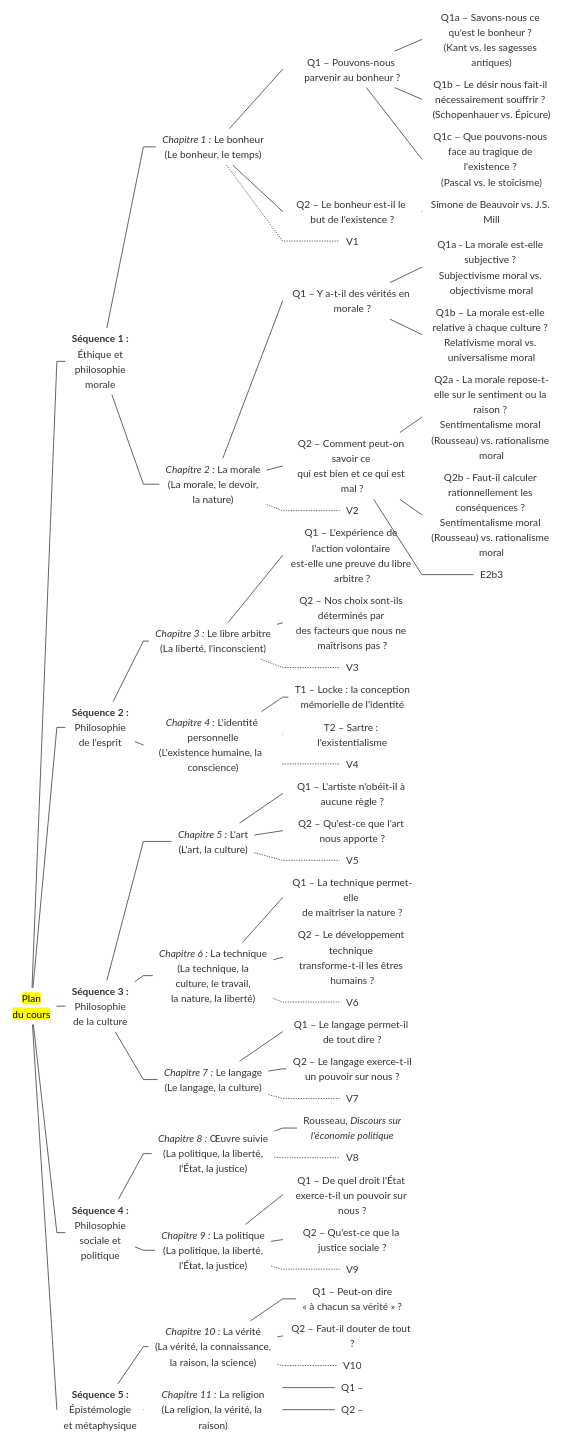
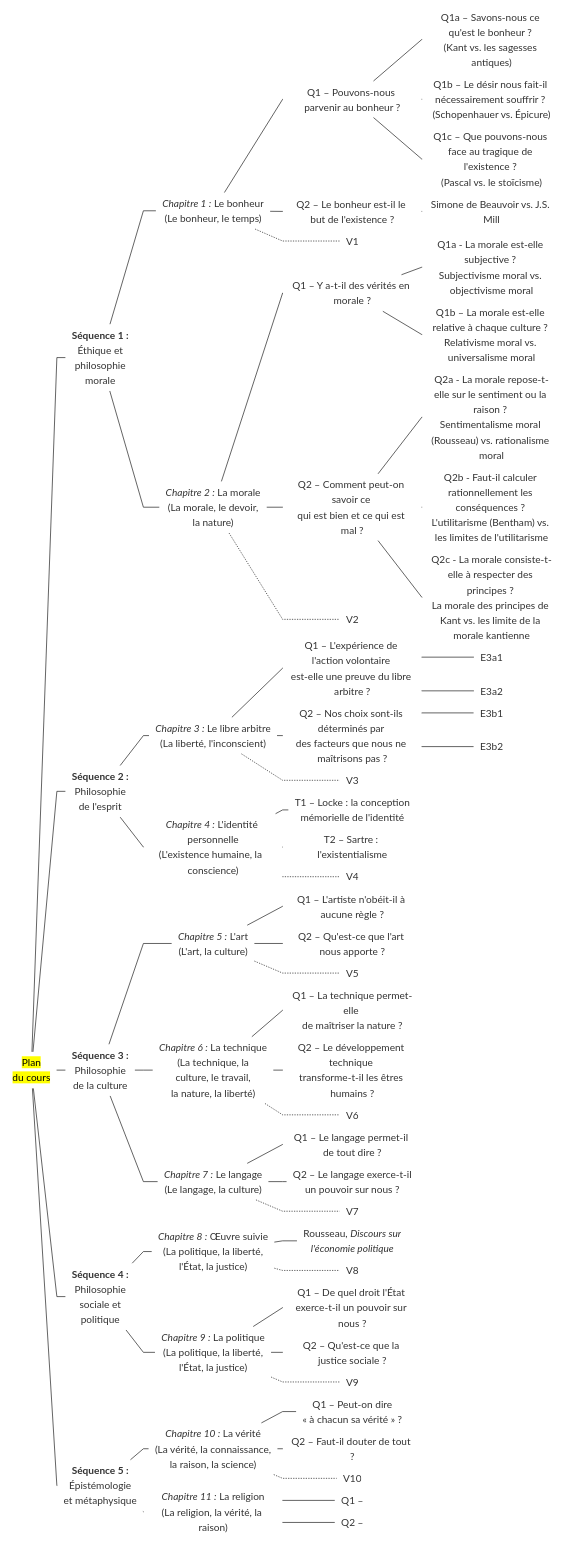
One commit to eyssette/tree-diagrams changed the diagram in plan-cours-2022.mmd. Above: the diagram before and after it, drawn with Mermaid.

```diff
--- a/plan-cours-2022.mmd
+++ b/plan-cours-2022.mmd
@@ -1,97 +1,101 @@
 %%{init{"theme":"base","themeCSS":"* {line-height:1.25em!important; font-size:12px; text-align:left!important; } span span{color:#666; font-size:0.9em;}  g[id*=\"A\"] * {font-size:1.01em;}  g[id*=\"V\"] * {color:transparent} .edge-thickness-normal{stroke-width:1px; stroke:#999;} .edge-thickness-thick{stroke-width:1px!important} .edge-pattern-dotted{stroke:transparent} mark {background-color:grey; color:white; display:block; text-align:center!important; padding:5px 10px; border-radius:15px} ","themeVariables":{"secondaryColor":"transparent","primaryColor":"transparent","primaryBorderColor":"transparent"},"flowchart":{"htmlLabels":true,"padding":5,"rankSpacing":1,"nodeSpacing":1,"curve":"linear"}} }%%
 flowchart LR
 
 A[<mark>Plan <br>du cours</mark>]
 
 B1[<b>Séquence 1 :</b></b><br> Éthique et <br> philosophie<br>  morale]
 B2[<b>Séquence 2 :</b><br> Philosophie <br> de l'esprit]
 B3[<b>Séquence 3 :</b><br> Philosophie<br> de la culture]
 B4[<b>Séquence 4 :</b><br> Philosophie<br>sociale et <br>politique]
 B5[<b>Séquence 5 :</b><br>Épistémologie <br>et métaphysique]
 
 A --- B1 & B2 & B3 & B4 & B5
 
 B1 --- C1 & C2
 B2 --- C3 & C4
 B3 --- C5 & C6 & C7
 B4 --- C8 & C9
 B5 --- C10 & C11
 
 C1["<i>Chapitre 1 :</i> Le bonheur<br><span>(Le bonheur, le temps)</span>"]
 C2["<i>Chapitre 2 :</i> La morale<br><span>(La morale, le devoir,<br>la nature)</span>"]
 
 C3["<i>Chapitre 3 :</i> Le libre arbitre<br><span>(La liberté, l'inconscient)</span>"]
 C4["<i>Chapitre 4 :</i> L'identité personnelle<br><span>(L'existence humaine, la  conscience)</span>"]
 
 C5["<i>Chapitre 5 :</i> L'art<br><span>(L'art, la culture)</span>"]
 C6["<i>Chapitre 6 :</i> La technique<br><span>(La technique, la<br>culture, le travail,<br>la nature, la liberté)</span>"]
 C7["<i>Chapitre 7 :</i> Le langage<br><span>(Le langage, la culture)</span>"]
 
 C8["<i>Chapitre 8 :</i> Œuvre suivie<br><span>(La politique, la liberté,<br> l'#Eacute;tat, la justice)</span>"]
 C9["<i>Chapitre 9 :</i> La politique<br><span>(La politique, la liberté,<br> l'#Eacute;tat, la justice)</span>"]
 
 C10["<i>Chapitre 10 :</i> La vérité<br><span>(La vérité, la connaissance, <br>la raison, la science)</span>"]
 C11["<i>Chapitre 11 :</i> La religion<br><span>(La religion, la vérité, la raison)</span>"]
 
 C1 --- D1a & D1b
 C1 -.- V1
 C2 --- D2a & D2b
 C2 -.- V2
 C3 --- D3a & D3b
 C3 -.- V3
 C4 --- D4a & D4b
 C4 -.- V4
 C5 --- D5a & D5b
 C5 -.- V5
 C6 --- D6a & D6b
 C6 -.- V6
 C7 --- D7a & D7b
 C7 -.- V7
 C8 --- D8
 C8 -.- V8
 C9 --- D9a & D9b
 C9 -.- V9
 C10 --- D10a & D10b
 C10 -.- V10
 C11 --- D11a & D11b
 
 D1a["Q1 – Pouvons-nous parvenir au bonheur ?"]
 D1b["Q2 – Le bonheur est-il le but de l'existence ?"]
 D2a["Q1 – Y a-t-il des vérités en morale ?"]
 D2b["Q2 – Comment peut-on savoir ce <br>qui est bien et ce qui est mal ?"]
 D3a["Q1 – L'expérience de l'action volontaire <br>est-elle une preuve du libre arbitre ?"]
 D3b["Q2 – Nos choix sont-ils déterminés par <br>des facteurs que nous ne maîtrisons pas ?"]
 D4a["T1 – Locke : la conception <br>mémorielle de l'identité"]
 D4b["T2 – Sartre : l'existentialisme"]
 D5a["Q1 – L'artiste n'obéit-il à aucune règle ?"]
 D5b["Q2 – Qu'est-ce que l'art nous apporte ?"]
 D6a["Q1 – La technique permet-elle <br>de maîtriser la nature ?"]
 D6b["Q2 – Le développement technique <br>transforme-t-il les êtres humains ?"]
 D7a["Q1 – Le langage permet-il de tout dire ?"]
 D7b["Q2 – Le langage exerce-t-il<br> un pouvoir sur nous ?"]
 D8["Rousseau, <i>Discours sur <br>l'économie politique</i>"]
 D9a["Q1 – De quel droit l'État <br>exerce-t-il un pouvoir sur nous ?"]
 D9b["Q2 – Qu'est-ce que la justice sociale ?"]
 D10a["Q1 – Peut-on dire <br>« à chacun sa vérité » ?"]
 D10b["Q2 – Faut-il douter de tout ?"]
 D11a["Q1 – "]
 D11b["Q2 – "]
 
 
 D1a --- E1a1 & E1a2 & E1a3
 D1b --- E1b1
 
 E1a1["Q1a – Savons-nous ce qu'est le bonheur ? <br><span>(Kant vs. les sagesses antiques)</span>"]
 E1a2["Q1b – Le désir nous fait-il nécessairement souffrir ? <br><span>(Schopenhauer vs. Épicure)</span>"]
 E1a3["Q1c – Que pouvons-nous face au tragique de l'existence ? <br><span>(Pascal vs. le stoïcisme)</span>"]
 
 E1b1["<span>Simone de Beauvoir vs. J.S. Mill</span>"]
 
 D2a --- E2a1 & E2a2
 D2b --- E2b1 & E2b2 & E2b3
 
 E2a1["Q1a - La morale est-elle subjective ? <br><span>Subjectivisme moral vs. objectivisme moral</span>"]
 E2a2["Q1b – La morale est-elle relative à chaque culture ? <br><span>Relativisme moral vs. universalisme moral</span>"]
 
 E2b1["Q2a - La morale repose-t-elle sur le sentiment ou la raison ? <br><span>Sentimentalisme moral (Rousseau) vs. rationalisme moral</span>"]
-E2b2["Q2b - Faut-il calculer rationnellement les conséquences ? <br><span>Sentimentalisme moral (Rousseau) vs. rationalisme moral</span>"]
+E2b2["Q2b - Faut-il calculer rationnellement les conséquences ? <br><span>L'utilitarisme (Bentham) vs. les limites de l'utilitarisme</span>"]
+E2b3["Q2c - La morale consiste-t-elle à respecter des principes ? <br><span>La morale des principes de Kant vs. les limite de la morale kantienne</span>"]
+
+D3a --- E3a1 & E3a2
+D3b --- E3b1 & E3b2
```
